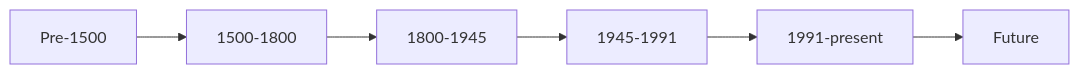
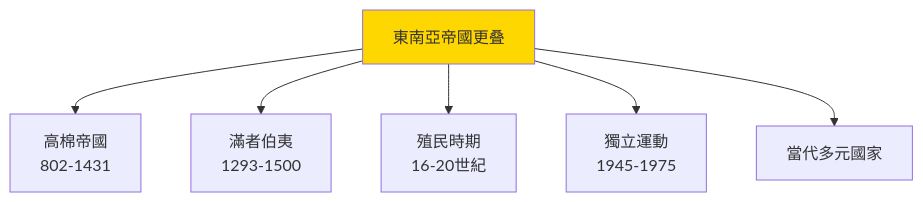
The diagram in 01_HKU_Courses/HIST2192_Modern_Southeast_Asian_history.md (yip-lgtm/HKU-Harvard-History-Self-Study), drawn with Mermaid before and after one commit. The commit also changed other lines of this file and 15 other files, not shown here.

````diff
--- a/01_HKU_Courses/HIST2192_Modern_Southeast_Asian_history.md
+++ b/01_HKU_Courses/HIST2192_Modern_Southeast_Asian_history.md
@@ -374,8 +80,9 @@
 ```mermaid
-graph LR
-    A[Pre-1500] --> B[1500-1800]
-    B --> C[1800-1945]
-    C --> D[1945-1991]
-    D --> E[1991-present]
-    E --> F[Future]
+graph TD
+    A["東南亞帝國更叠"] --> B["高棉帝國<br/>802-1431"]
+    A --> C["滿者伯夷<br/>1293-1500"]
+    A --> D["殖民時期<br/>16-20世紀"]
+    A --> E["獨立運動<br/>1945-1975"]
+    A --> F["當代多元國家"]
+    style A fill:#FFD700
 ```
````
